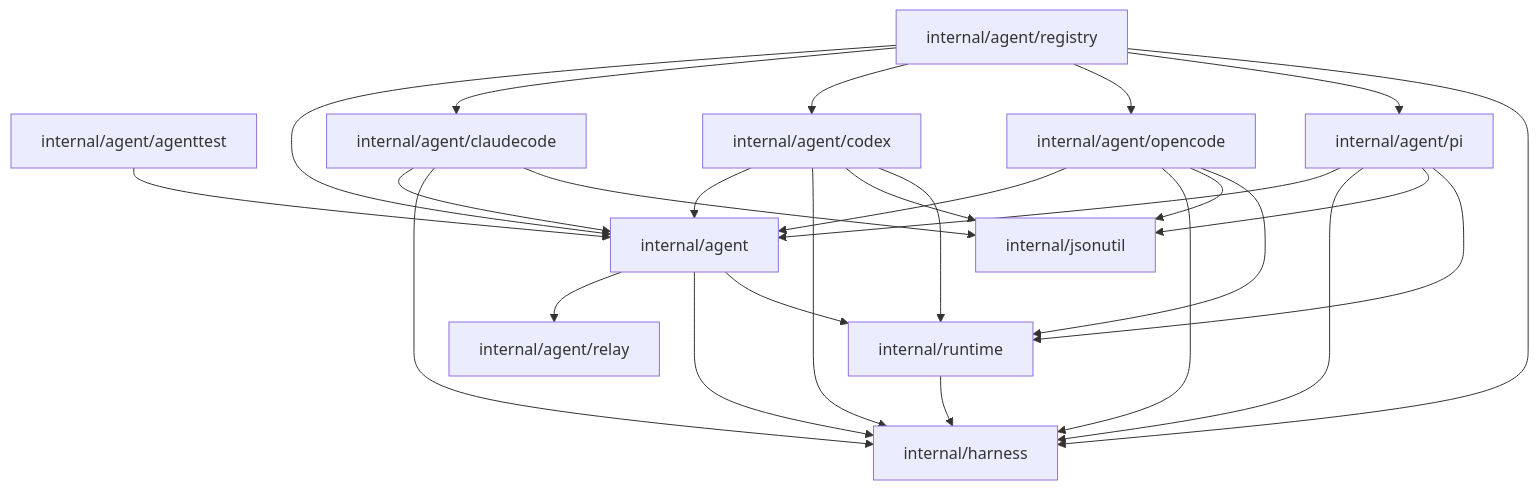
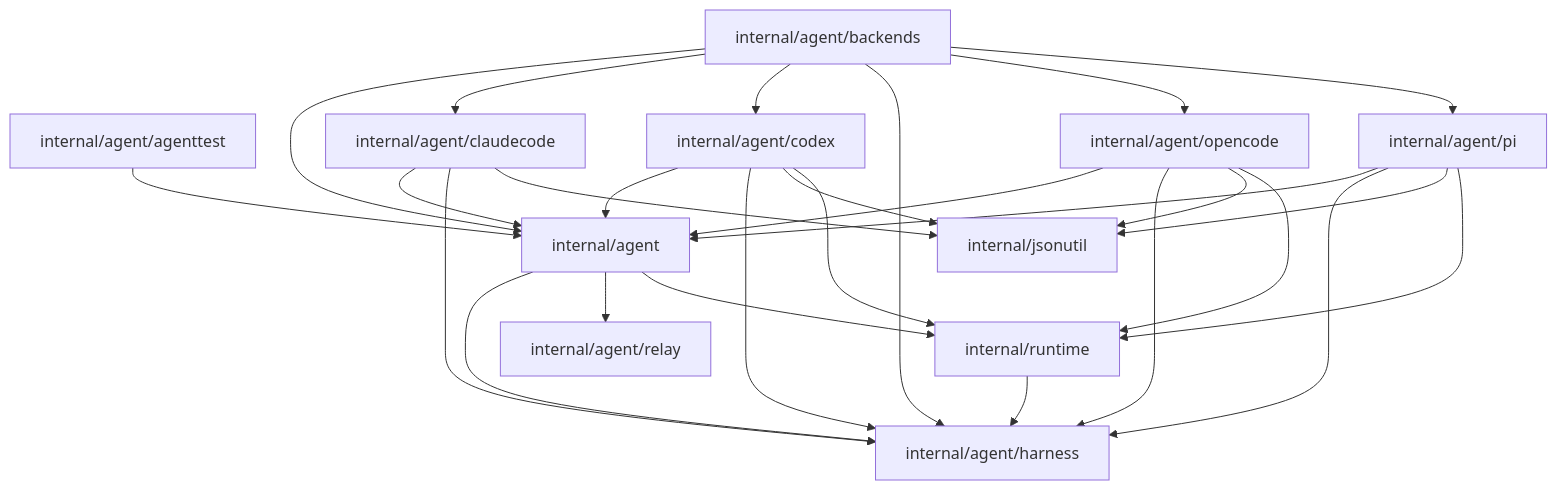
The second of 3 diagrams in backend/docs/ARCHITECTURE.md (caic-xyz/caic), drawn with Mermaid before and after one commit. The commit also changed other lines of this file and 95 other files, not shown here.

````diff
--- a/backend/docs/ARCHITECTURE.md
+++ b/backend/docs/ARCHITECTURE.md
@@ -194,41 +194,41 @@
 ```mermaid
 graph TD
   pkg_internal_agent["internal/agent"]
   pkg_internal_agent_agenttest["internal/agent/agenttest"]
+  pkg_internal_agent_backends["internal/agent/backends"]
   pkg_internal_agent_claudecode["internal/agent/claudecode"]
   pkg_internal_agent_codex["internal/agent/codex"]
+  pkg_internal_agent_harness["internal/agent/harness"]
   pkg_internal_agent_opencode["internal/agent/opencode"]
   pkg_internal_agent_pi["internal/agent/pi"]
-  pkg_internal_agent_registry["internal/agent/registry"]
   pkg_internal_agent_relay["internal/agent/relay"]
-  pkg_internal_harness["internal/harness"]
   pkg_internal_jsonutil["internal/jsonutil"]
   pkg_internal_runtime["internal/runtime"]
 
+  pkg_internal_agent --> pkg_internal_agent_harness
   pkg_internal_agent --> pkg_internal_agent_relay
-  pkg_internal_agent --> pkg_internal_harness
   pkg_internal_agent --> pkg_internal_runtime
   pkg_internal_agent_agenttest --> pkg_internal_agent
+  pkg_internal_agent_backends --> pkg_internal_agent
+  pkg_internal_agent_backends --> pkg_internal_agent_claudecode
+  pkg_internal_agent_backends --> pkg_internal_agent_codex
+  pkg_internal_agent_backends --> pkg_internal_agent_harness
+  pkg_internal_agent_backends --> pkg_internal_agent_opencode
+  pkg_internal_agent_backends --> pkg_internal_agent_pi
   pkg_internal_agent_claudecode --> pkg_internal_agent
-  pkg_internal_agent_claudecode --> pkg_internal_harness
+  pkg_internal_agent_claudecode --> pkg_internal_agent_harness
   pkg_internal_agent_claudecode --> pkg_internal_jsonutil
   pkg_internal_agent_codex --> pkg_internal_agent
-  pkg_internal_agent_codex --> pkg_internal_harness
+  pkg_internal_agent_codex --> pkg_internal_agent_harness
   pkg_internal_agent_codex --> pkg_internal_jsonutil
   pkg_internal_agent_codex --> pkg_internal_runtime
   pkg_internal_agent_opencode --> pkg_internal_agent
-  pkg_internal_agent_opencode --> pkg_internal_harness
+  pkg_internal_agent_opencode --> pkg_internal_agent_harness
   pkg_internal_agent_opencode --> pkg_internal_jsonutil
   pkg_internal_agent_opencode --> pkg_internal_runtime
   pkg_internal_agent_pi --> pkg_internal_agent
-  pkg_internal_agent_pi --> pkg_internal_harness
+  pkg_internal_agent_pi --> pkg_internal_agent_harness
   pkg_internal_agent_pi --> pkg_internal_jsonutil
   pkg_internal_agent_pi --> pkg_internal_runtime
-  pkg_internal_agent_registry --> pkg_internal_agent
-  pkg_internal_agent_registry --> pkg_internal_agent_claudecode
-  pkg_internal_agent_registry --> pkg_internal_agent_codex
-  pkg_internal_agent_registry --> pkg_internal_agent_opencode
-  pkg_internal_agent_registry --> pkg_internal_agent_pi
-  pkg_internal_agent_registry --> pkg_internal_harness
-  pkg_internal_runtime --> pkg_internal_harness
+  pkg_internal_runtime --> pkg_internal_agent_harness
 ```
````
